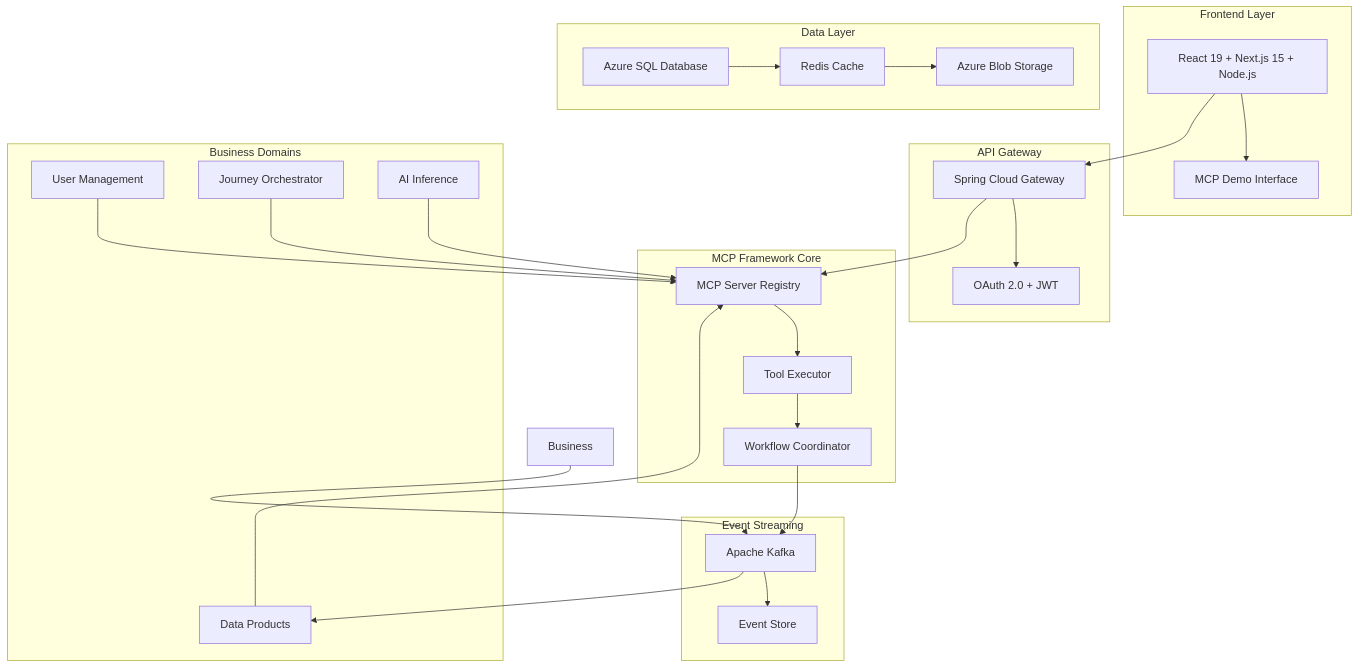
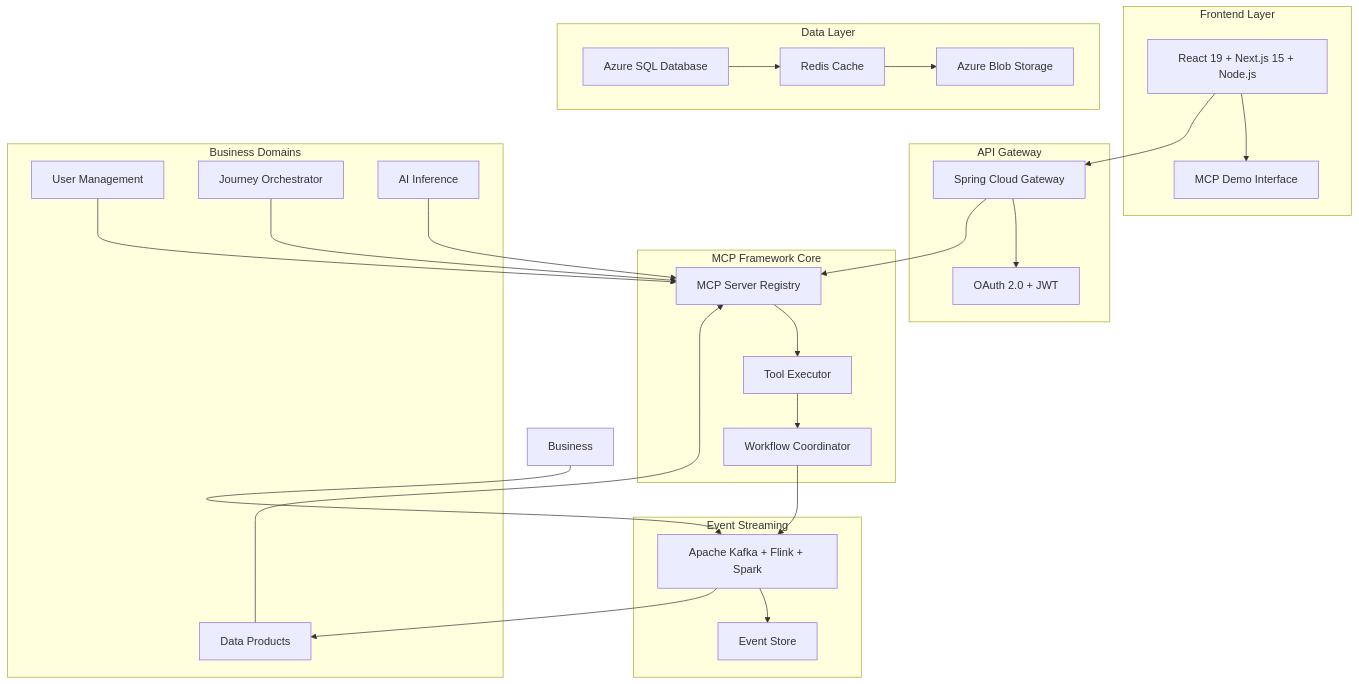
One commit to calvinlee999/react_next_java_journey changed the first of 5 diagrams in README.md. Above: the diagram before and after it, drawn with Mermaid. The commit also changed other lines of this file and 1 other file, not shown here.

First line of the commit message:
fix: Update Event Streaming technology to reflect comprehensive processing architecture

````diff
--- a/README.md
+++ b/README.md
@@ -20,57 +20,57 @@
 ```mermaid
 graph TB
     subgraph "Frontend Layer"
         UI[React 19 + Next.js 15 + Node.js]
         Demo[MCP Demo Interface]
         UI --> Demo
     end
     
     subgraph "API Gateway"
         Gateway[Spring Cloud Gateway]
         Auth[OAuth 2.0 + JWT]
         Gateway --> Auth
     end
     
     subgraph "MCP Framework Core"
         Registry[MCP Server Registry]
         Executor[Tool Executor]
         Coordinator[Workflow Coordinator]
         
         Registry --> Executor
         Executor --> Coordinator
     end
     
     subgraph "Business Domains"
         User[User Management]
         Journey[Journey Orchestrator]
         AI[AI Inference]
         Data[Data Products]
         
         User --> Registry
         Journey --> Registry
         AI --> Registry
         Data --> Registry
     end
     
     subgraph "Event Streaming"
-        Kafka[Apache Kafka]
+        Kafka[Apache Kafka + Flink + Spark]
         Events[Event Store]
         
         Kafka --> Events
     end
     
     subgraph "Data Layer"
         Azure[Azure SQL Database]
         Redis[Redis Cache]
         Blob[Azure Blob Storage]
         
         Azure --> Redis
         Redis --> Blob
     end
     
     UI --> Gateway
     Gateway --> Registry
     Coordinator --> Kafka
     Business --> Kafka
     Kafka --> Data
 ```
````
